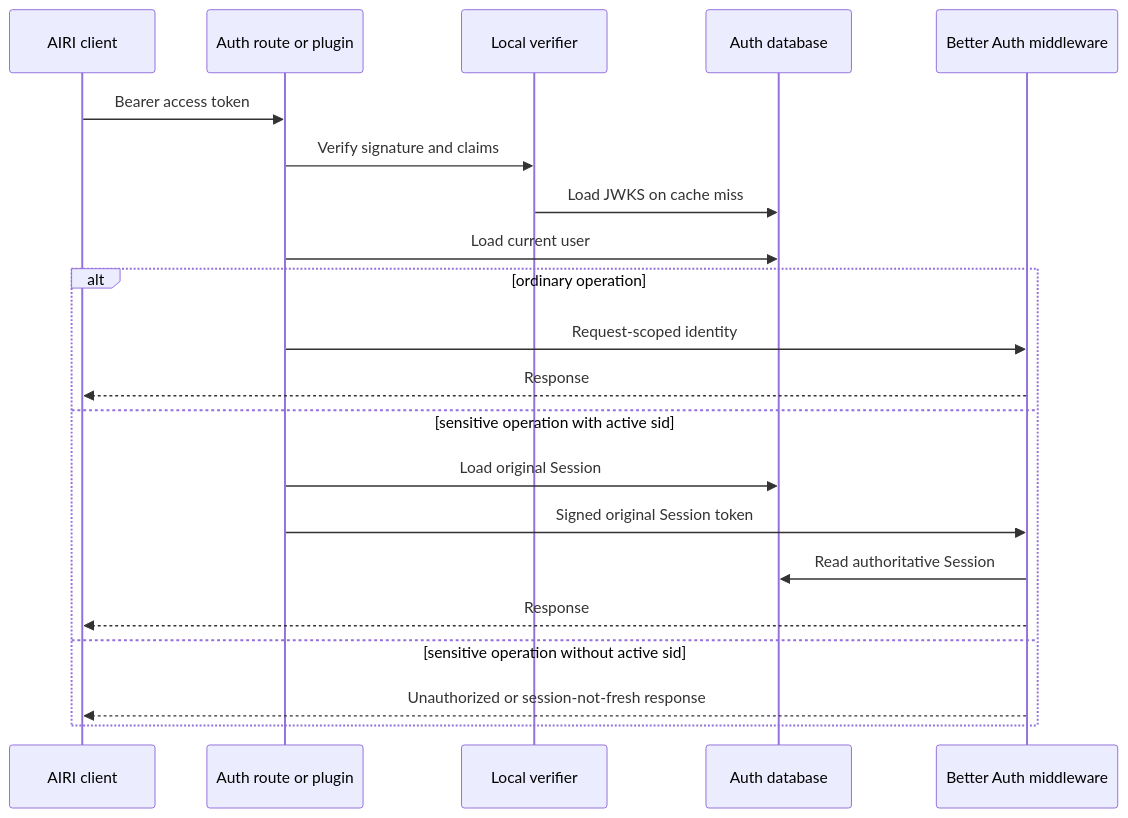
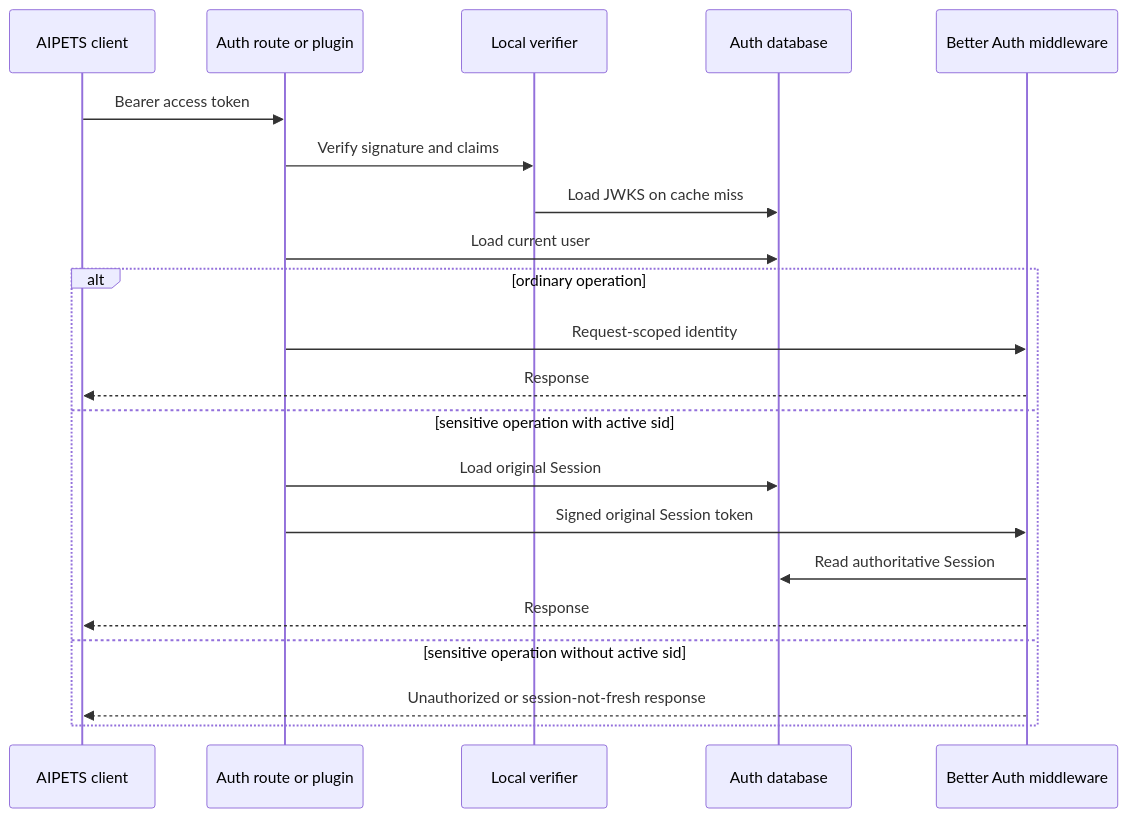
The second of 2 diagrams in server/docs/ai/adr/2026-09-20-oidc-jwt-session-boundary.md (kallen-noelle/AIPets), drawn with Mermaid before and after one commit. The commit also changed other lines of this file and 55 other files, not shown here.

Commit message:
refactor(server): rename airi to aipets in auth and shared server packages

````diff
--- a/server/docs/ai/adr/2026-09-20-oidc-jwt-session-boundary.md
+++ b/server/docs/ai/adr/2026-09-20-oidc-jwt-session-boundary.md
@@ -103,23 +103,23 @@
 ```mermaid
 sequenceDiagram
-  participant C as AIRI client
+  participant C as AIPETS client
   participant A as Auth route or plugin
   participant V as Local verifier
   participant D as Auth database
   participant B as Better Auth middleware
   C->>A: Bearer access token
   A->>V: Verify signature and claims
   V->>D: Load JWKS on cache miss
   A->>D: Load current user
   alt ordinary operation
     A->>B: Request-scoped identity
     B-->>C: Response
   else sensitive operation with active sid
     A->>D: Load original Session
     A->>B: Signed original Session token
     B->>D: Read authoritative Session
     B-->>C: Response
   else sensitive operation without active sid
     B-->>C: Unauthorized or session-not-fresh response
   end
 ```
````
